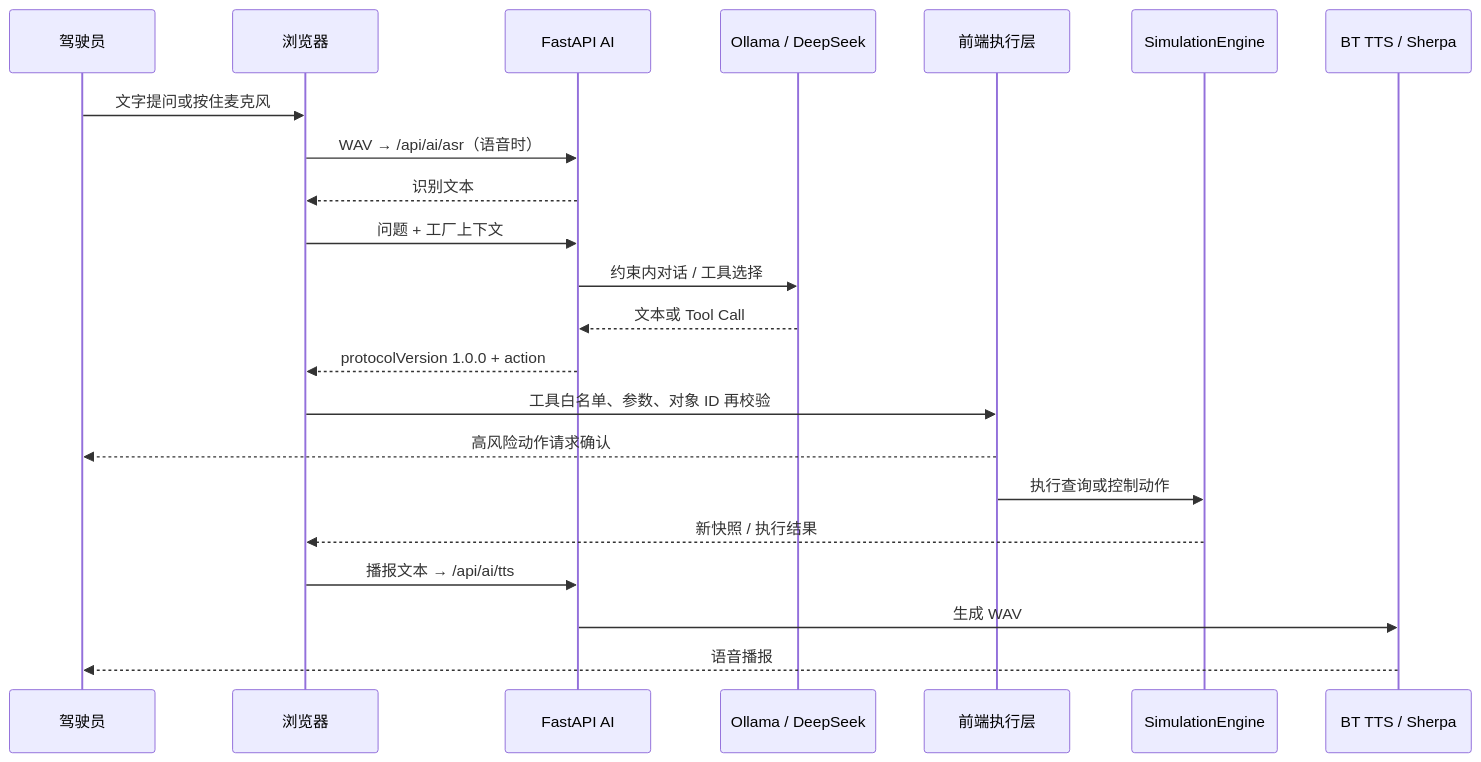
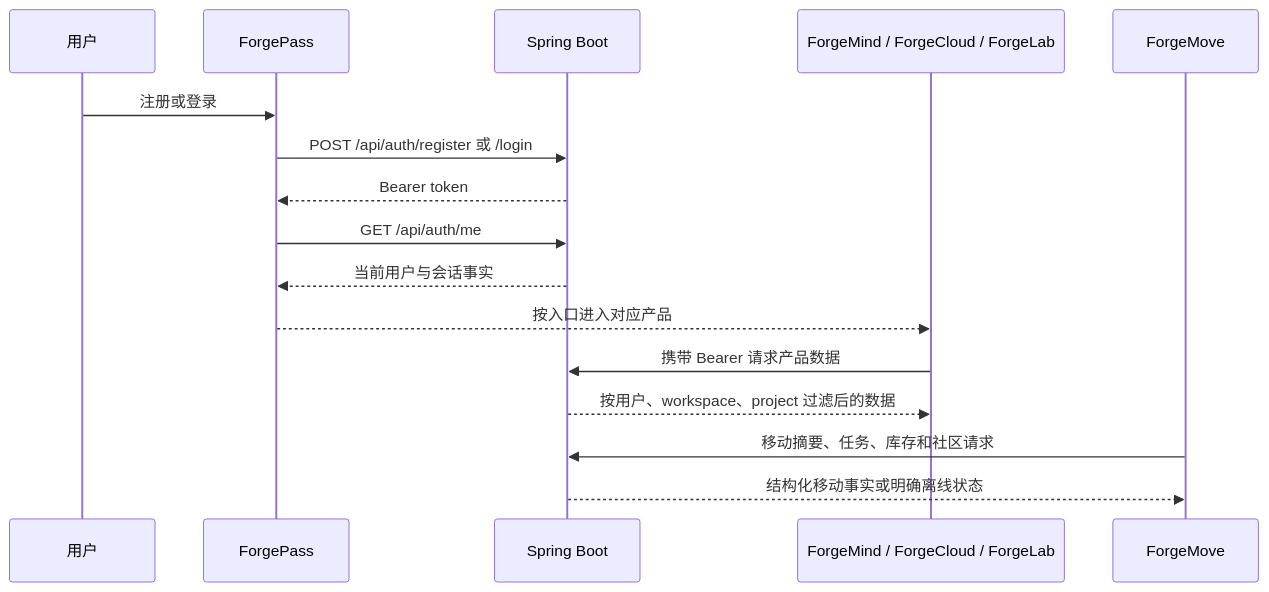
Before and after one commit to YJsnz/forgemind: the fifth of 9 diagrams in README.md, drawn with Mermaid. The commit also changed other lines of this file and 694 other files, not shown here.

First line of the commit message:
feat: sync ForgeMind platform without oversized performance scene

````diff
--- a/README.md
+++ b/README.md
@@ -177,25 +216,19 @@
 ```mermaid
 sequenceDiagram
-    participant U as 驾驶员
-    participant B as 浏览器
-    participant A as FastAPI AI
-    participant M as Ollama / DeepSeek
-    participant X as 前端执行层
-    participant E as SimulationEngine
-    participant T as BT TTS / Sherpa
+    participant operator as 用户
+    participant pass as ForgePass
+    participant api as Spring Boot
+    participant product as ForgeMind / ForgeCloud / ForgeLab
+    participant move as ForgeMove
 
-    U->>B: 文字提问或按住麦克风
-    B->>A: WAV → /api/ai/asr（语音时）
-    A-->>B: 识别文本
-    B->>A: 问题 + 工厂上下文
-    A->>M: 约束内对话 / 工具选择
-    M-->>A: 文本或 Tool Call
-    A-->>B: protocolVersion 1.0.0 + action
-    B->>X: 工具白名单、参数、对象 ID 再校验
-    X-->>U: 高风险动作请求确认
-    X->>E: 执行查询或控制动作
-    E-->>B: 新快照 / 执行结果
-    B->>A: 播报文本 → /api/ai/tts
-    A->>T: 生成 WAV
-    T-->>U: 语音播报
+    operator->>pass: 注册或登录
+    pass->>api: POST /api/auth/register 或 /login
+    api-->>pass: Bearer token
+    pass->>api: GET /api/auth/me
+    api-->>pass: 当前用户与会话事实
+    pass-->>product: 按入口进入对应产品
+    product->>api: 携带 Bearer 请求产品数据
+    api-->>product: 按用户、workspace、project 过滤后的数据
+    move->>api: 移动摘要、任务、库存和社区请求
+    api-->>move: 结构化移动事实或明确离线状态
 ```
````
